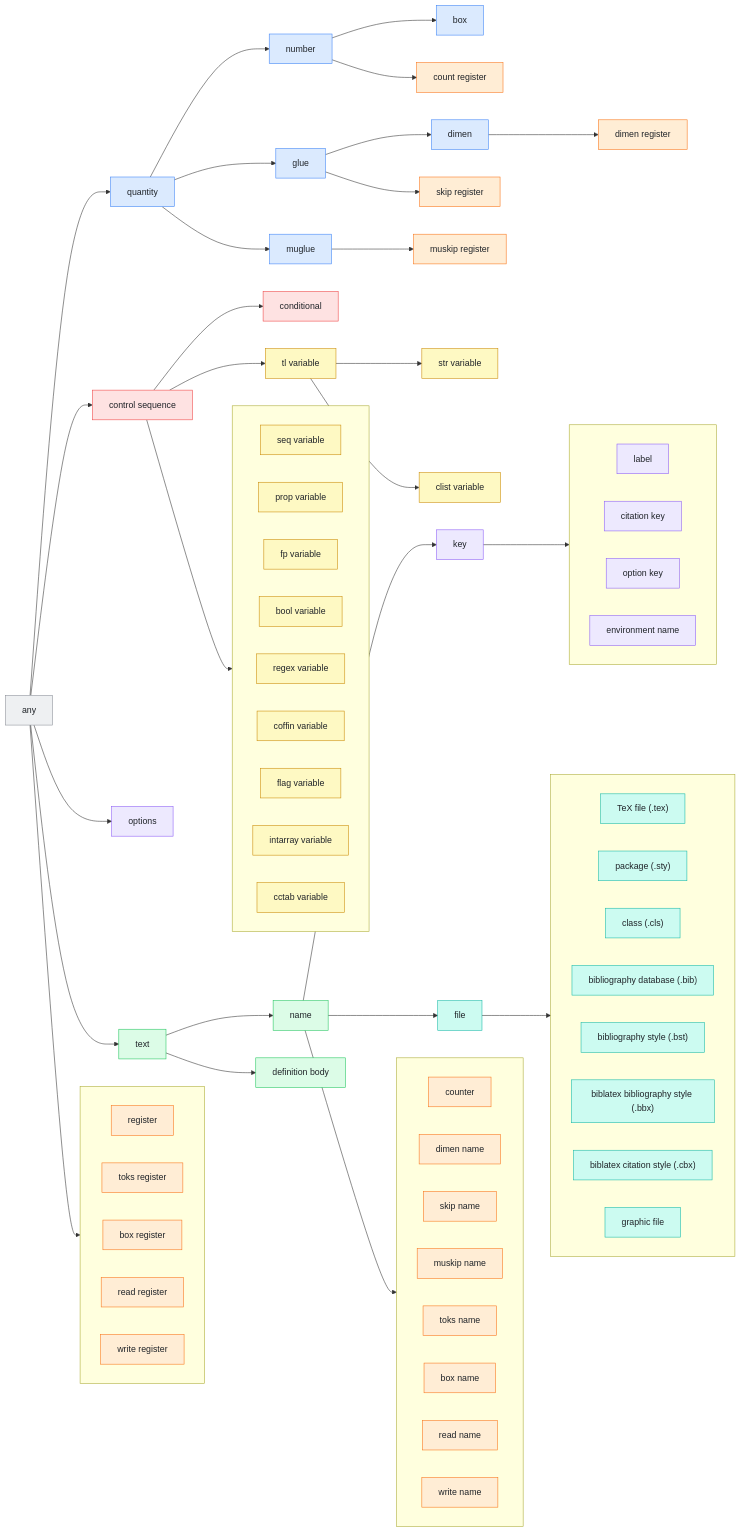
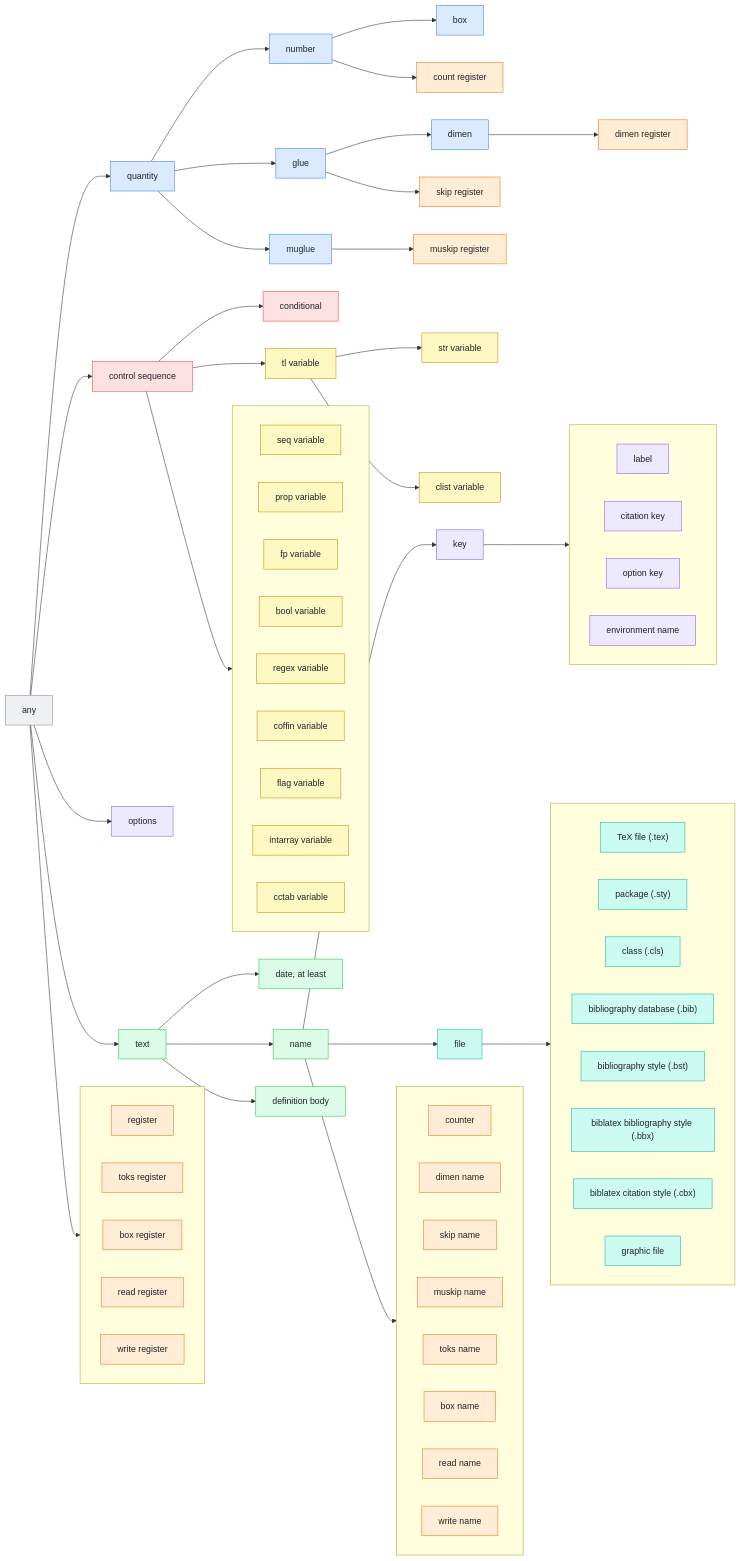
Before and after one commit to EagleoutIce/satex-analyzer: the diagram in doc/wiki/domains.md, drawn with Mermaid. The commit also changed other lines of this file and 7 other files, not shown here.

```diff
--- a/doc/wiki/domains.md
+++ b/doc/wiki/domains.md
@@ -259,63 +260,63 @@
   t8["control sequence"]:::cs
   t9["conditional"]:::cs
   t10["options"]:::key
-  t11["text"]:::text
-  t12["name"]:::text
-  t13["definition body"]:::text
-  t14["tl variable"]:::expl3
-  t15["str variable"]:::expl3
-  t16["clist variable"]:::expl3
-  t17["seq variable"]:::expl3
-  t18["prop variable"]:::expl3
-  t19["fp variable"]:::expl3
-  t20["bool variable"]:::expl3
-  t21["regex variable"]:::expl3
-  t22["coffin variable"]:::expl3
-  t23["flag variable"]:::expl3
-  t24["intarray variable"]:::expl3
-  t25["cctab variable"]:::expl3
-  t26["count register"]:::register
-  t27["dimen register"]:::register
-  t28["skip register"]:::register
-  t29["muskip register"]:::register
-  t30["toks register"]:::register
-  t31["box register"]:::register
-  t32["read register"]:::register
-  t33["write register"]:::register
-  t34["counter"]:::register
-  t35["dimen name"]:::register
-  t36["skip name"]:::register
-  t37["muskip name"]:::register
-  t38["toks name"]:::register
-  t39["box name"]:::register
-  t40["read name"]:::register
-  t41["write name"]:::register
-  t42["key"]:::key
-  t43["label"]:::key
-  t44["citation key"]:::key
-  t45["option key"]:::key
-  t46["environment name"]:::key
-  t47["file"]:::file
-  t48["TeX file (.tex)"]:::file
-  t49["package (.sty)"]:::file
-  t50["class (.cls)"]:::file
-  t51["bibliography database (.bib)"]:::file
-  t52["bibliography style (.bst)"]:::file
-  t53["biblatex bibliography style (.bbx)"]:::file
-  t54["biblatex citation style (.cbx)"]:::file
-  t55["graphic file"]:::file
+  t11["date, at least"]:::text
+  t12["text"]:::text
+  t13["name"]:::text
+  t14["definition body"]:::text
+  t15["tl variable"]:::expl3
+  t16["str variable"]:::expl3
+  t17["clist variable"]:::expl3
+  t18["seq variable"]:::expl3
+  t19["prop variable"]:::expl3
+  t20["fp variable"]:::expl3
+  t21["bool variable"]:::expl3
+  t22["regex variable"]:::expl3
+  t23["coffin variable"]:::expl3
+  t24["flag variable"]:::expl3
+  t25["intarray variable"]:::expl3
+  t26["cctab variable"]:::expl3
+  t27["count register"]:::register
+  t28["dimen register"]:::register
+  t29["skip register"]:::register
+  t30["muskip register"]:::register
+  t31["toks register"]:::register
+  t32["box register"]:::register
+  t33["read register"]:::register
+  t34["write register"]:::register
+  t35["counter"]:::register
+  t36["dimen name"]:::register
+  t37["skip name"]:::register
+  t38["muskip name"]:::register
+  t39["toks name"]:::register
+  t40["box name"]:::register
+  t41["read name"]:::register
+  t42["write name"]:::register
+  t43["key"]:::key
+  t44["label"]:::key
+  t45["citation key"]:::key
+  t46["option key"]:::key
+  t47["environment name"]:::key
+  t48["file"]:::file
+  t49["TeX file (.tex)"]:::file
+  t50["package (.sty)"]:::file
+  t51["class (.cls)"]:::file
+  t52["bibliography database (.bib)"]:::file
+  t53["bibliography style (.bst)"]:::file
+  t54["biblatex bibliography style (.bbx)"]:::file
+  t55["biblatex citation style (.cbx)"]:::file
+  t56["graphic file"]:::file
   subgraph g0_register[" "]
     direction LR
     t7
-    t30
     t31
     t32
     t33
+    t34
   end
   t0 --> g0_register
   subgraph g8_expl3[" "]
     direction LR
-    t17
     t18
     t19
     t20
@@ -324,11 +325,11 @@
     t23
     t24
     t25
+    t26
   end
   t8 --> g8_expl3
-  subgraph g12_register[" "]
+  subgraph g13_register[" "]
     direction LR
-    t34
     t35
     t36
     t37
@@ -336,19 +337,19 @@
     t39
     t40
     t41
+    t42
   end
-  t12 --> g12_register
-  subgraph g42_key[" "]
+  t13 --> g13_register
+  subgraph g43_key[" "]
     direction LR
-    t43
     t44
     t45
     t46
+    t47
   end
-  t42 --> g42_key
-  subgraph g47_file[" "]
+  t43 --> g43_key
+  subgraph g48_file[" "]
     direction LR
-    t48
     t49
     t50
     t51
@@ -356,8 +357,9 @@
     t53
     t54
     t55
+    t56
   end
-  t47 --> g47_file
+  t48 --> g48_file
   t0 --> t1
   t1 --> t2
   t4 --> t3
@@ -367,18 +369,19 @@
   t0 --> t8
   t8 --> t9
   t0 --> t10
-  t0 --> t11
-  t11 --> t12
-  t11 --> t13
-  t8 --> t14
-  t14 --> t15
-  t14 --> t16
-  t2 --> t26
-  t3 --> t27
-  t4 --> t28
-  t5 --> t29
-  t12 --> t42
-  t12 --> t47
+  t12 --> t11
+  t0 --> t12
+  t12 --> t13
+  t12 --> t14
+  t8 --> t15
+  t15 --> t16
+  t15 --> t17
+  t2 --> t27
+  t3 --> t28
+  t4 --> t29
+  t5 --> t30
+  t13 --> t43
+  t13 --> t48
   classDef top fill:#eef0f2,stroke:#8a8f98,color:#1f2328
   classDef quantity fill:#dbeafe,stroke:#3b82f6,color:#1f2328
   classDef register fill:#ffedd5,stroke:#f97316,color:#1f2328
```
